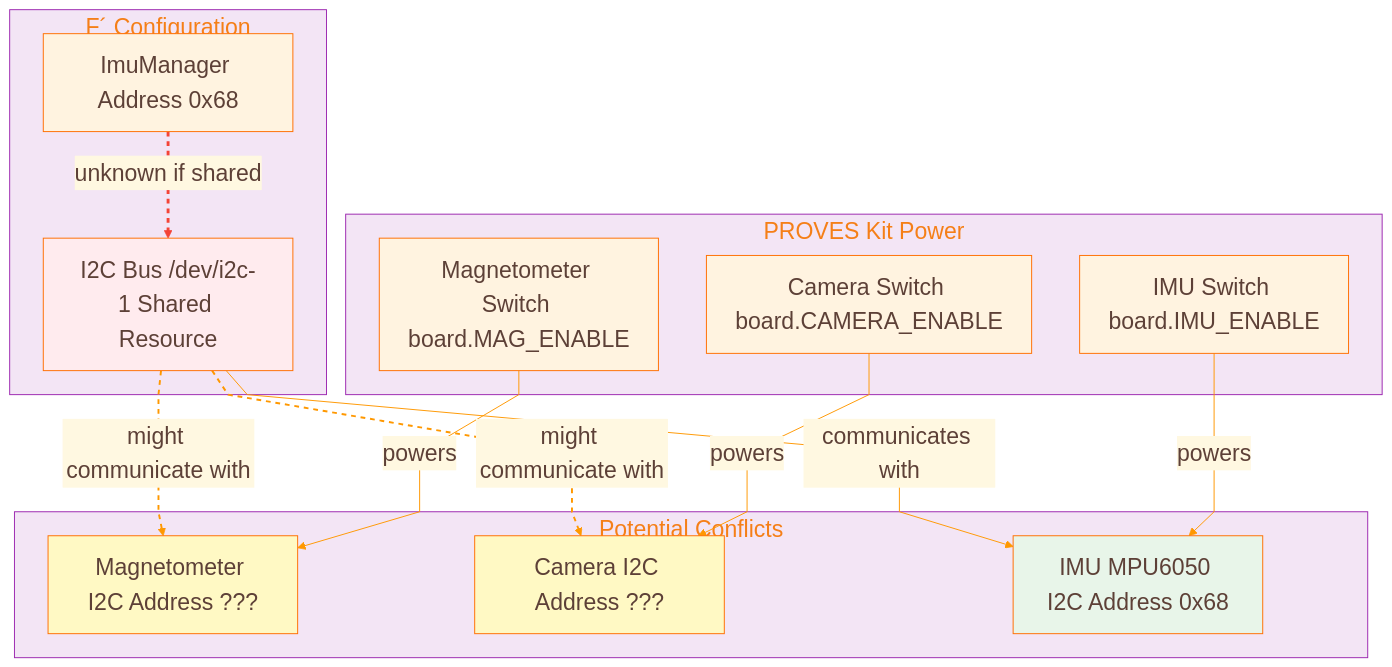
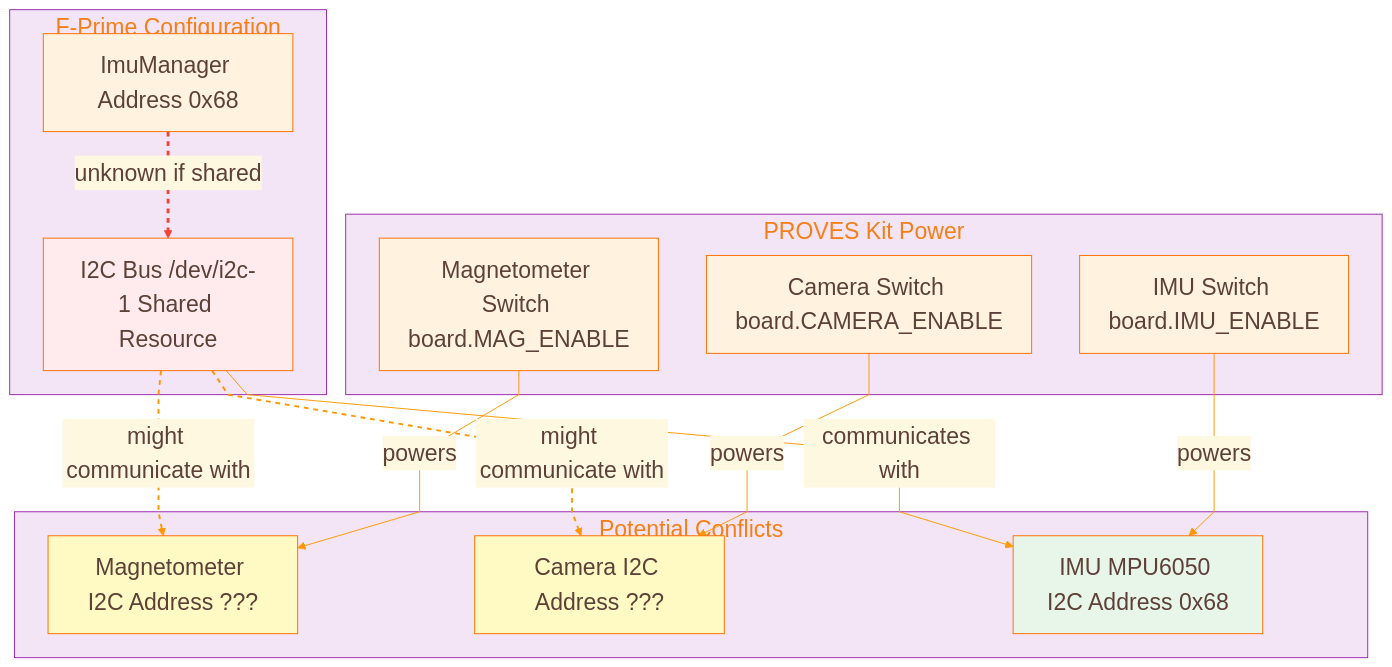
The third of 6 diagrams in docs/diagrams/cross-system.md (Lizo-RoadTown/PROVES_LIBRARY), drawn with Mermaid before and after one commit. The commit also changed other lines of this file and 5 other files, not shown here.

```diff
--- a/docs/diagrams/cross-system.md
+++ b/docs/diagrams/cross-system.md
@@ -775,7 +775,7 @@
     boxMargin: 10
 ---
 flowchart TB
-    subgraph "F´ Configuration"
+    subgraph "F-Prime Configuration"
         IM_ADDR[ImuManager Address 0x68]
         BUS["I2C Bus /dev/i2c-1 Shared Resource"]
     end
```
